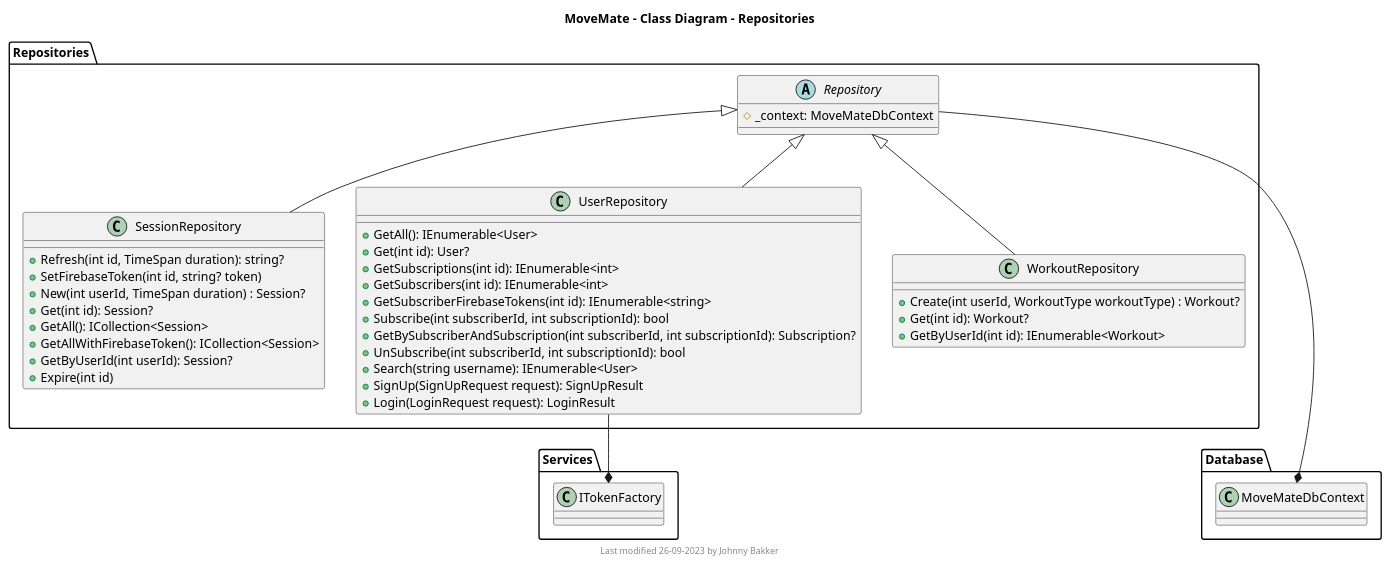
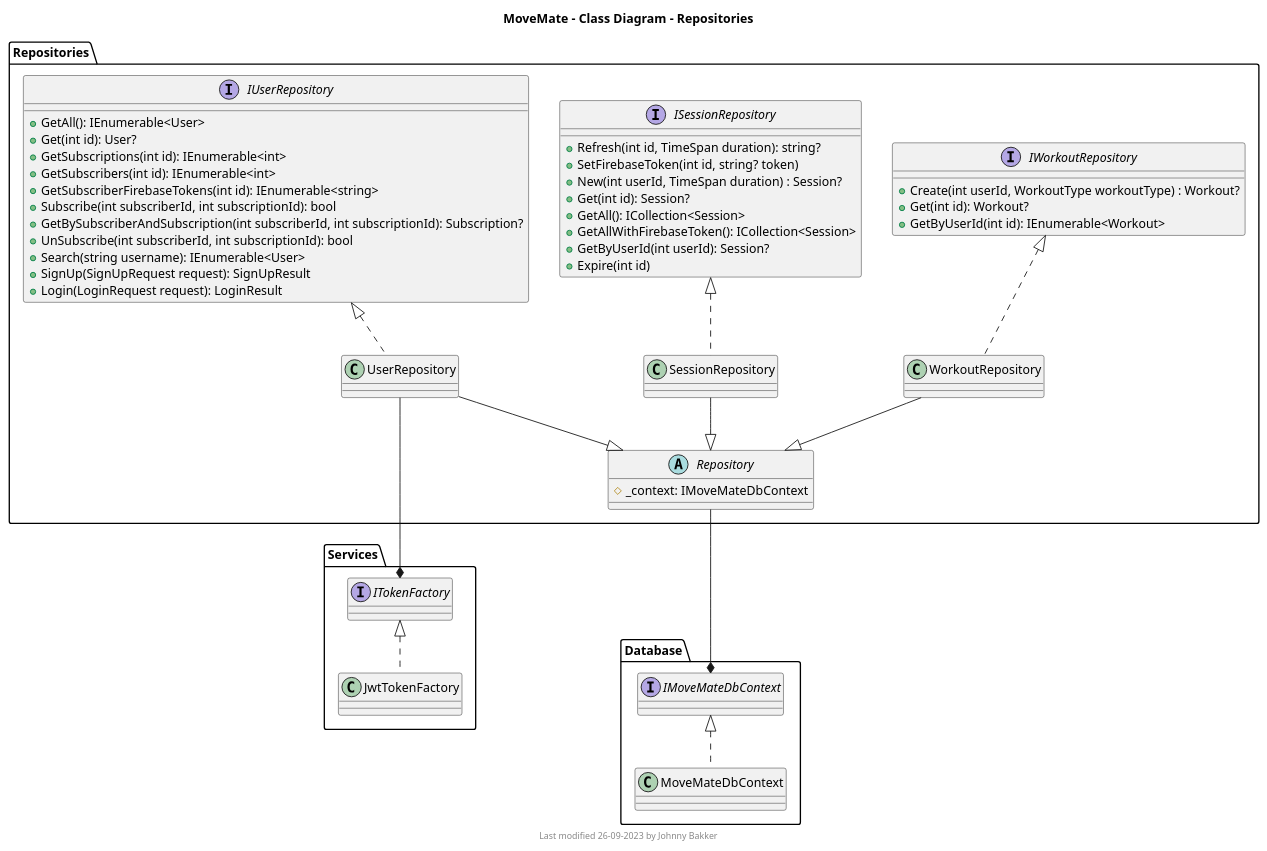
Before and after one commit to johnnybakker/MoveMateWebApi: the diagram in Diagrams/ClassDiagram-Repositories.puml, drawn with PlantUML. The commit also changed 4 other files, not shown here.

Commit message:
updated diagrams

```diff
--- a/Diagrams/ClassDiagram-Repositories.puml
+++ b/Diagrams/ClassDiagram-Repositories.puml
@@ -1,55 +1,72 @@
 @startuml Class Diagram Repositories
 
 	title MoveMate - Class Diagram - Repositories
 	footer Last modified 26-09-2023 by Johnny Bakker
 
+	namespace Services {
+		interface ITokenFactory
+		class JwtTokenFactory
+		ITokenFactory <|.. JwtTokenFactory
+	}
 
 	namespace Repositories {
 		abstract Repository {
-			#_context: MoveMateDbContext
+			#_context: IMoveMateDbContext
 		}
 
-		class SessionRepository {
+		interface ISessionRepository {
 			+Refresh(int id, TimeSpan duration): string?
 			+SetFirebaseToken(int id, string? token)
 			+New(int userId, TimeSpan duration) : Session?
 			+Get(int id): Session?
 			+GetAll(): ICollection<Session>
 			+GetAllWithFirebaseToken(): ICollection<Session>
 			+GetByUserId(int userId): Session?
 			+Expire(int id) 
 		}
 
-		class UserRepository {
+		interface IUserRepository {
 			+GetAll(): IEnumerable<User>
 			+Get(int id): User?
 			+GetSubscriptions(int id): IEnumerable<int>
 			+GetSubscribers(int id): IEnumerable<int>
 			+GetSubscriberFirebaseTokens(int id): IEnumerable<string>
 			+Subscribe(int subscriberId, int subscriptionId): bool
 			+GetBySubscriberAndSubscription(int subscriberId, int subscriptionId): Subscription?
 			+UnSubscribe(int subscriberId, int subscriptionId): bool
 			+Search(string username): IEnumerable<User>
 			+SignUp(SignUpRequest request): SignUpResult
 			+Login(LoginRequest request): LoginResult
 		}
-
-		class WorkoutRepository {
+		
+		interface IWorkoutRepository {
 			+Create(int userId, WorkoutType workoutType) : Workout?
 			+Get(int id): Workout?
 			+GetByUserId(int id): IEnumerable<Workout>
 		}
 
-		Repository <|-- UserRepository
-		Repository <|-- WorkoutRepository
-		Repository <|-- SessionRepository
+		class SessionRepository
+		class UserRepository
+		class WorkoutRepository
+
+		ISessionRepository <|.. SessionRepository
+		IUserRepository <|.. UserRepository
+		IWorkoutRepository <|.. WorkoutRepository
+
+		UserRepository --|> Repository
+		WorkoutRepository --|> Repository
+		SessionRepository --|> Repository
 	}
+
+
 		
-	Repositories.Repository ---* Database.MoveMateDbContext
-	Repositories.UserRepository --* Services.ITokenFactory
+	Repositories.UserRepository ---* Services.ITokenFactory 
 
 	namespace Database {
+		interface IMoveMateDbContext
 		class MoveMateDbContext
+		IMoveMateDbContext <|.. MoveMateDbContext
 	}
+	Repositories.Repository ---* Database.IMoveMateDbContext
 
 @enduml
```
